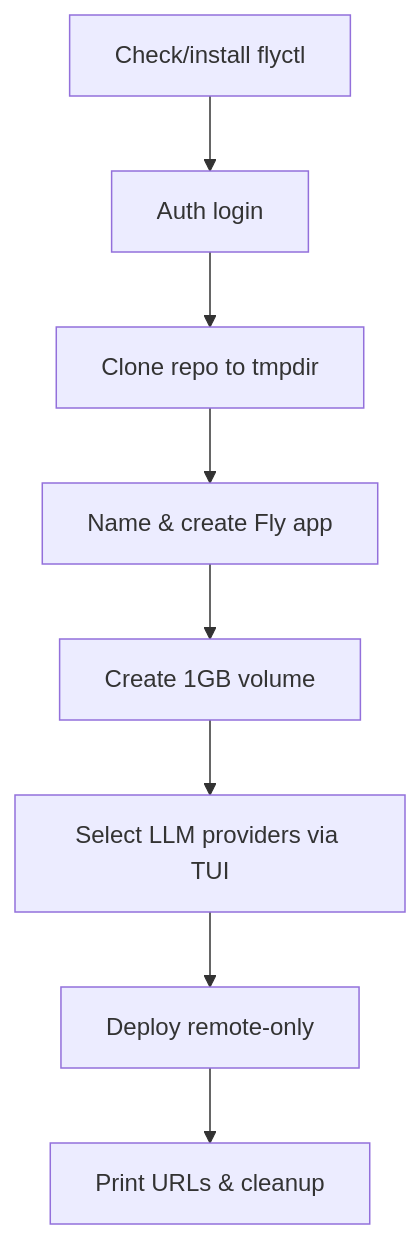
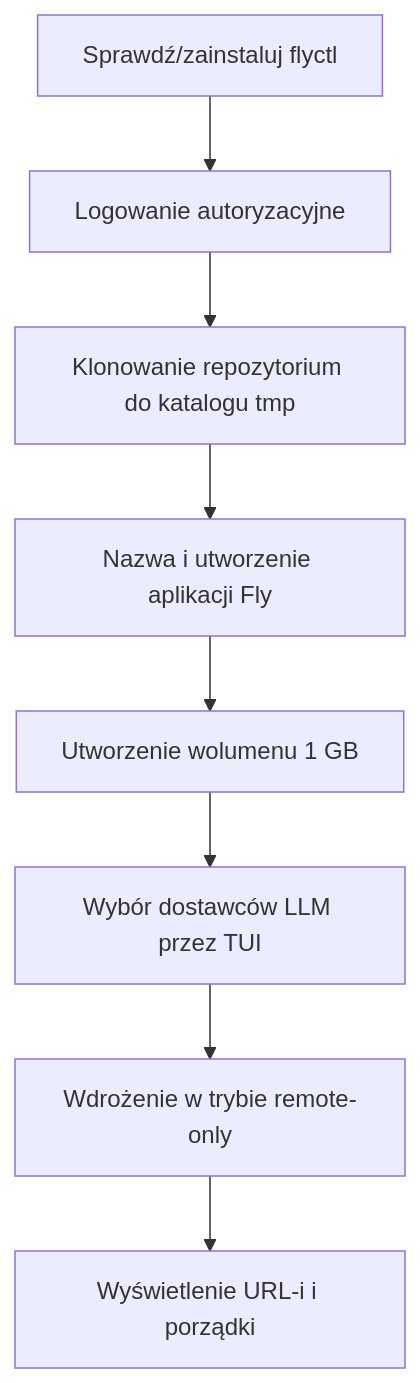
One commit to leszek3737/librefang-WIki changed the first of 2 diagrams in deploy-fly.md. Above: the diagram before and after it, drawn with Mermaid. The commit also changed other lines of this file and 104 other files, not shown here.

````diff
--- a/deploy-fly.md
+++ b/deploy-fly.md
@@ -31,10 +31,10 @@
 ```mermaid
 flowchart TD
-    A[Check/install flyctl] --> B[Auth login]
-    B --> C[Clone repo to tmpdir]
-    C --> D[Name & create Fly app]
-    D --> E[Create 1GB volume]
-    E --> F[Select LLM providers via TUI]
-    F --> G[Deploy remote-only]
-    G --> H[Print URLs & cleanup]
+    A[Sprawdź/zainstaluj flyctl] --> B[Logowanie autoryzacyjne]
+    B --> C[Klonowanie repozytorium do katalogu tmp]
+    C --> D[Nazwa i utworzenie aplikacji Fly]
+    D --> E[Utworzenie wolumenu 1 GB]
+    E --> F[Wybór dostawców LLM przez TUI]
+    F --> G[Wdrożenie w trybie remote-only]
+    G --> H[Wyświetlenie URL-i i porządki]
 ```
````
